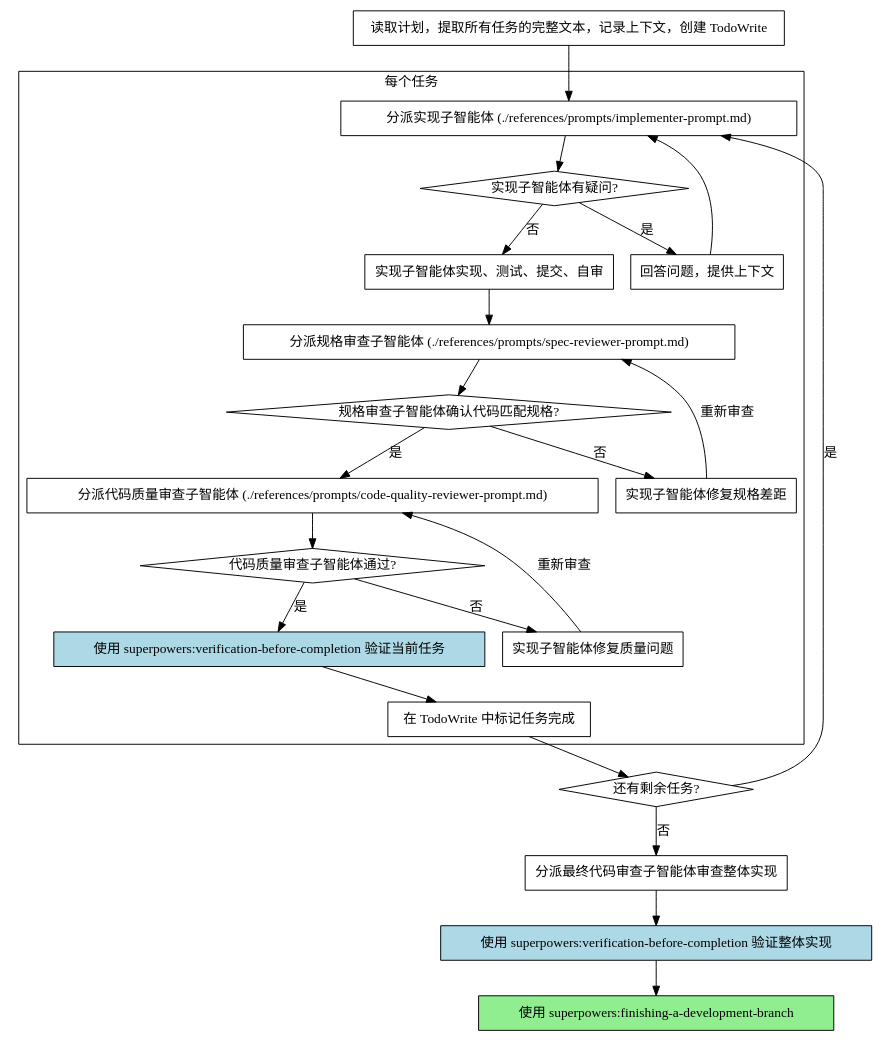
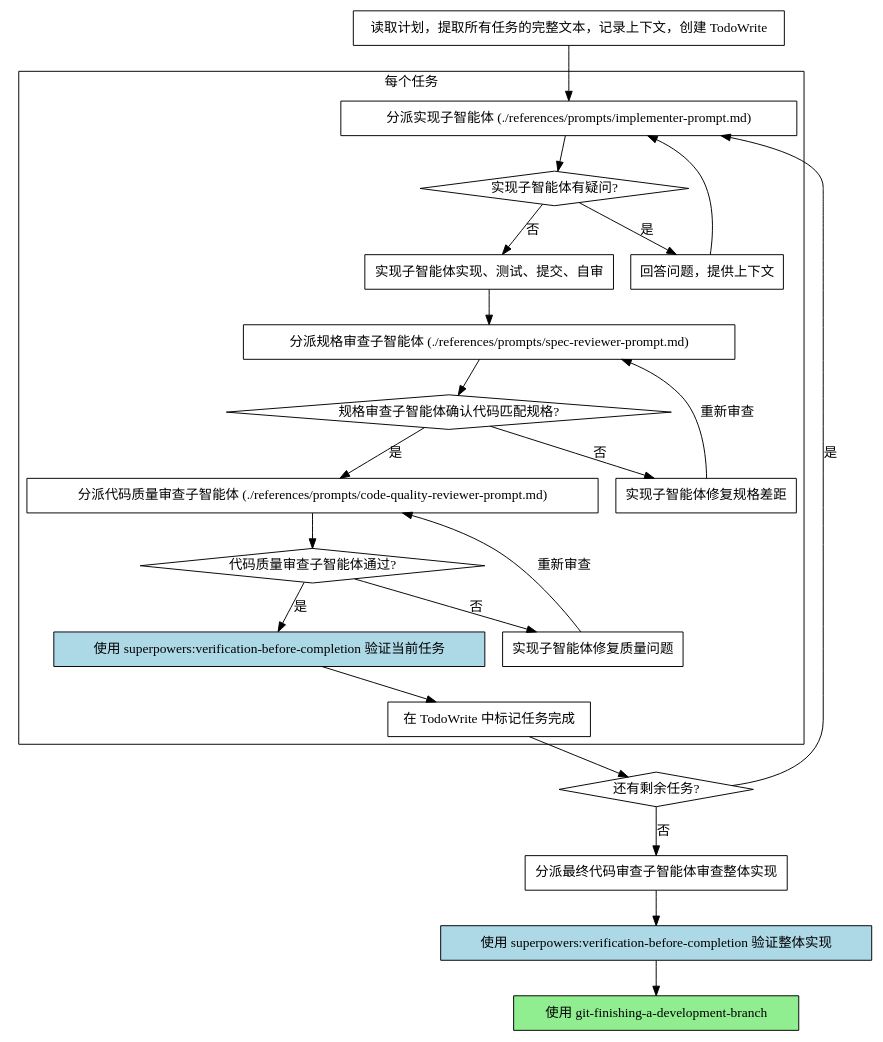
The second of 2 diagrams in superpowers/skills/subagent-driven-development/SKILL.md (TomorrowLM/lm-skill), drawn with Graphviz before and after one commit. The commit also changed other lines of this file and 17 other files, not shown here.

````diff
--- a/superpowers/skills/subagent-driven-development/SKILL.md
+++ b/superpowers/skills/subagent-driven-development/SKILL.md
@@ -68,48 +68,48 @@
 ```dot
 digraph process {
     rankdir=TB;
 
     subgraph cluster_per_task {
         label="每个任务";
         "分派实现子智能体 (./references/prompts/implementer-prompt.md)" [shape=box];
         "实现子智能体有疑问?" [shape=diamond];
         "回答问题，提供上下文" [shape=box];
         "实现子智能体实现、测试、提交、自审" [shape=box];
         "分派规格审查子智能体 (./references/prompts/spec-reviewer-prompt.md)" [shape=box];
         "规格审查子智能体确认代码匹配规格?" [shape=diamond];
         "实现子智能体修复规格差距" [shape=box];
         "分派代码质量审查子智能体 (./references/prompts/code-quality-reviewer-prompt.md)" [shape=box];
         "代码质量审查子智能体通过?" [shape=diamond];
         "实现子智能体修复质量问题" [shape=box];
       "使用 superpowers:verification-before-completion 验证当前任务" [shape=box style=filled fillcolor=lightblue];
         "在 TodoWrite 中标记任务完成" [shape=box];
     }
 
     "读取计划，提取所有任务的完整文本，记录上下文，创建 TodoWrite" [shape=box];
     "还有剩余任务?" [shape=diamond];
     "分派最终代码审查子智能体审查整体实现" [shape=box];
     "使用 superpowers:verification-before-completion 验证整体实现" [shape=box style=filled fillcolor=lightblue];
-    "使用 superpowers:finishing-a-development-branch" [shape=box style=filled fillcolor=lightgreen];
+    "使用 git-finishing-a-development-branch" [shape=box style=filled fillcolor=lightgreen];
 
     "读取计划，提取所有任务的完整文本，记录上下文，创建 TodoWrite" -> "分派实现子智能体 (./references/prompts/implementer-prompt.md)";
     "分派实现子智能体 (./references/prompts/implementer-prompt.md)" -> "实现子智能体有疑问?";
     "实现子智能体有疑问?" -> "回答问题，提供上下文" [label="是"];
     "回答问题，提供上下文" -> "分派实现子智能体 (./references/prompts/implementer-prompt.md)";
     "实现子智能体有疑问?" -> "实现子智能体实现、测试、提交、自审" [label="否"];
     "实现子智能体实现、测试、提交、自审" -> "分派规格审查子智能体 (./references/prompts/spec-reviewer-prompt.md)";
     "分派规格审查子智能体 (./references/prompts/spec-reviewer-prompt.md)" -> "规格审查子智能体确认代码匹配规格?";
     "规格审查子智能体确认代码匹配规格?" -> "实现子智能体修复规格差距" [label="否"];
     "实现子智能体修复规格差距" -> "分派规格审查子智能体 (./references/prompts/spec-reviewer-prompt.md)" [label="重新审查"];
     "规格审查子智能体确认代码匹配规格?" -> "分派代码质量审查子智能体 (./references/prompts/code-quality-reviewer-prompt.md)" [label="是"];
     "分派代码质量审查子智能体 (./references/prompts/code-quality-reviewer-prompt.md)" -> "代码质量审查子智能体通过?";
     "代码质量审查子智能体通过?" -> "实现子智能体修复质量问题" [label="否"];
     "实现子智能体修复质量问题" -> "分派代码质量审查子智能体 (./references/prompts/code-quality-reviewer-prompt.md)" [label="重新审查"];
     "代码质量审查子智能体通过?" -> "使用 superpowers:verification-before-completion 验证当前任务" [label="是"];
     "使用 superpowers:verification-before-completion 验证当前任务" -> "在 TodoWrite 中标记任务完成";
     "在 TodoWrite 中标记任务完成" -> "还有剩余任务?";
     "还有剩余任务?" -> "分派实现子智能体 (./references/prompts/implementer-prompt.md)" [label="是"];
     "还有剩余任务?" -> "分派最终代码审查子智能体审查整体实现" [label="否"];
     "分派最终代码审查子智能体审查整体实现" -> "使用 superpowers:verification-before-completion 验证整体实现";
-    "使用 superpowers:verification-before-completion 验证整体实现" -> "使用 superpowers:finishing-a-development-branch";
+    "使用 superpowers:verification-before-completion 验证整体实现" -> "使用 git-finishing-a-development-branch";
 }
 ```
````
